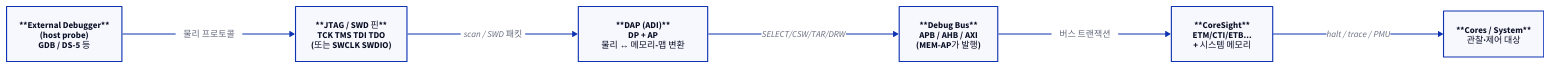
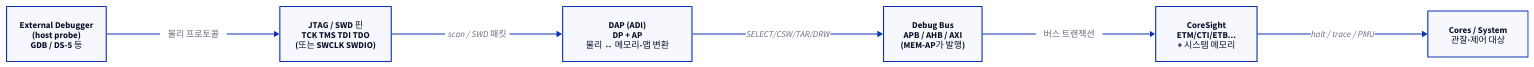
Before and after one commit to humbleowl39/DV_SKOOL: the first of 3 diagrams in starlight_site/src/content/docs/dfd/01_why_dfd.md, drawn with D2. The commit also changed other lines of this file and 714 other files, not shown here.

First line of the commit message:
fix(site): d2 다이어그램 가독성 결함 6종 일괄 수정

````diff
--- a/starlight_site/src/content/docs/dfd/01_why_dfd.md
+++ b/starlight_site/src/content/docs/dfd/01_why_dfd.md
@@ -51,16 +51,16 @@
 ```d2
 direction: right
 
-DBG: "**External Debugger**\n(host probe)\nGDB / DS-5 등"
-PINS: "**JTAG / SWD 핀**\nTCK TMS TDI TDO\n(또는 SWCLK SWDIO)"
-DAP: "**DAP (ADI)**\nDP + AP\n물리 ↔ 메모리-맵 변환"
-BUS: "**Debug Bus**\nAPB / AHB / AXI\n(MEM-AP가 발행)"
-CS: "**CoreSight**\nETM/CTI/ETB...\n+ 시스템 메모리"
-CORE: "**Cores / System**\n관찰·제어 대상"
+DBG: "External Debugger\n(host probe)\nGDB / DS-5 등"
+PINS: "JTAG / SWD 핀\nTCK TMS TDI TDO\n(또는 SWCLK SWDIO)"
+DAP: "DAP (ADI)\nDP + AP\n물리 ↔ 메모리-맵 변환"
+BUS: "Debug Bus\nAPB / AHB / AXI\n(MEM-AP가 발행)"
+CS: "CoreSight\nETM/CTI/ETB...\n+ 시스템 메모리"
+CORE: "Cores / System\n관찰·제어 대상"
 
 DBG -> PINS: "물리 프로토콜"
 PINS -> DAP: "scan / SWD 패킷"
 DAP -> BUS: "SELECT/CSW/TAR/DRW"
 BUS -> CS: "버스 트랜잭션"
 CS -> CORE: "halt / trace / PMU"
 ```
````
